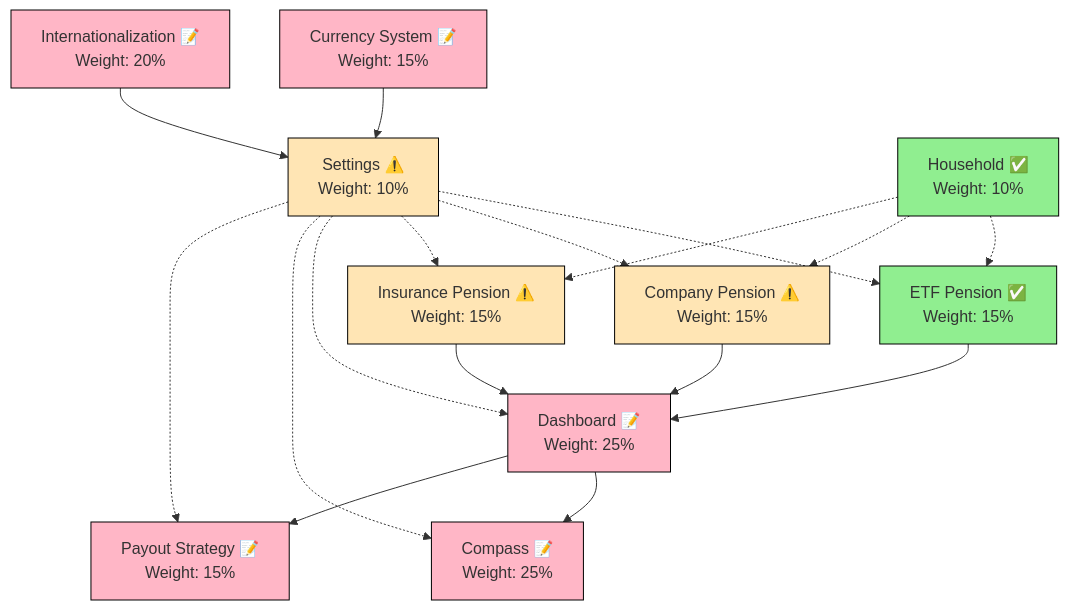
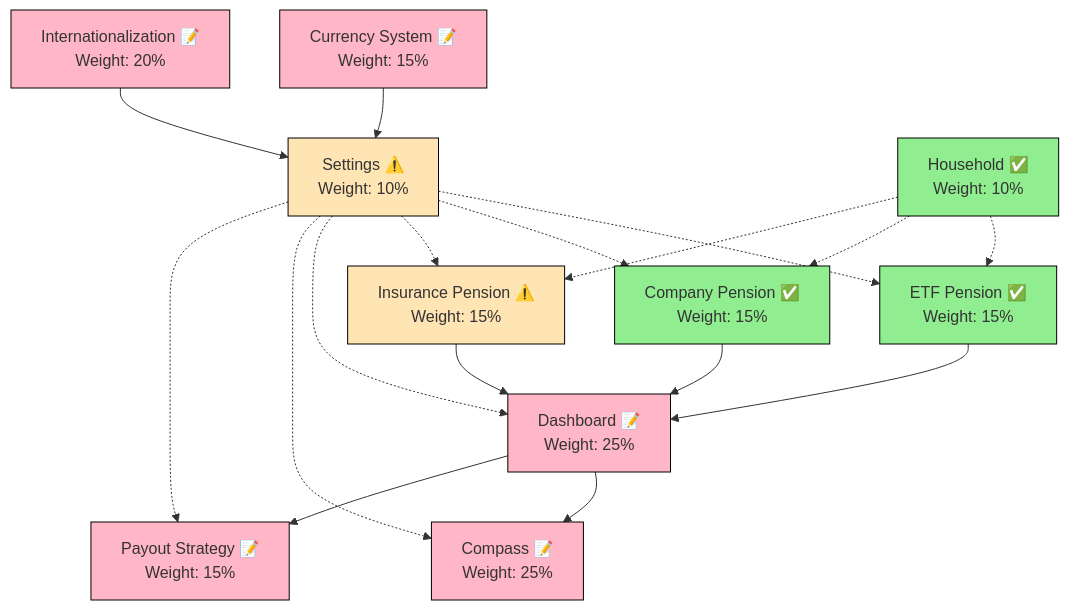
Before and after one commit to my-axel/goldfinch: the first of 2 diagrams in PROGRESS.md, drawn with Mermaid. The commit also changed other lines of this file and 28 other files, not shown here.

````diff
--- a/PROGRESS.md
+++ b/PROGRESS.md
@@ -38,38 +46,38 @@
 ```mermaid
 graph TD
     %% Core Modules
     ETF[ETF Pension ✅<br/>Weight: 15%] --> D
-    CP[Company Pension ⚠️<br/>Weight: 15%] --> D
+    CP[Company Pension ✅<br/>Weight: 15%] --> D
     IP[Insurance Pension ⚠️<br/>Weight: 15%] --> D
     D[Dashboard 📝<br/>Weight: 25%] --> C
     D --> PS
     
     %% Dependent Modules
     C[Compass 📝<br/>Weight: 25%]
     PS[Payout Strategy 📝<br/>Weight: 15%]
     
     %% Cross-Cutting Features
     CS[Currency System 📝<br/>Weight: 15%] --> S
     I18n[Internationalization 📝<br/>Weight: 20%] --> S
     
     %% Settings affects all modules
     S[Settings ⚠️<br/>Weight: 10%] -.-> ETF
     S -.-> CP
     S -.-> IP
     S -.-> D
     S -.-> C
     S -.-> PS
     
     %% Household integration
     H[Household ✅<br/>Weight: 10%] -.-> ETF
     H -.-> CP
     H -.-> IP
     
     %% Styling
     classDef complete fill:#90EE90,stroke:#000
     classDef partial fill:#FFE5B4,stroke:#000
     classDef notStarted fill:#FFB6C6,stroke:#000
-    class ETF,H complete
-    class CP,IP,S partial
+    class ETF,H,CP complete
+    class IP,S partial
     class CS,I18n,D,C,PS notStarted
 ```
````
